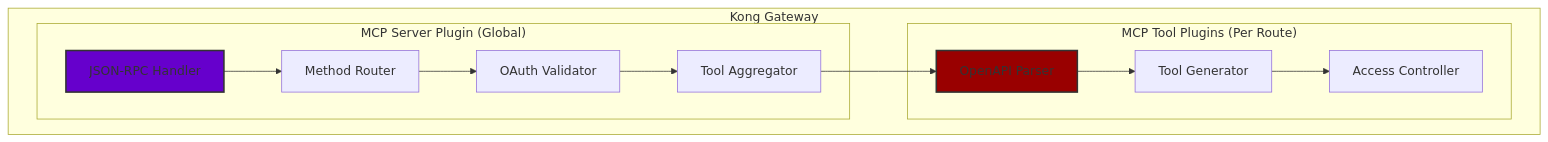
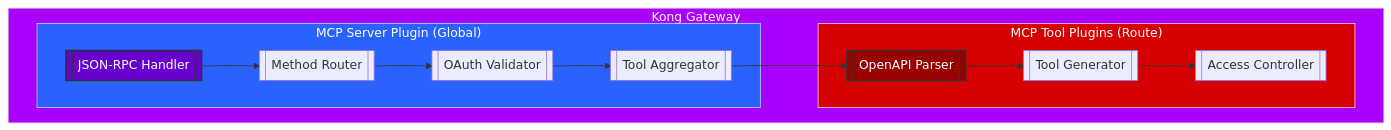
The third of 4 diagrams in README.md (kaheidt/kong-mcp-proxy-hackathon), drawn with Mermaid before and after one commit.

````diff
--- a/README.md
+++ b/README.md
@@ -161,27 +161,41 @@
 ```mermaid
-graph TD
-    subgraph "Kong Gateway"
-        subgraph "MCP Server Plugin (Global)"
-            A[JSON-RPC Handler]
-            B[Method Router]
-            C[OAuth Validator]
-            D[Tool Aggregator]
-        end
-        
-        subgraph "MCP Tool Plugins (Per Route)"
-            E[OpenAPI Parser]
-            F[Tool Generator]
-            G[Access Controller]
-        end
-    end
-    
+flowchart TB
+ subgraph subGraph0["MCP Server Plugin (Global)"]
+        A["JSON-RPC Handler"]
+        B["Method Router"]
+        C["OAuth Validator"]
+        D["Tool Aggregator"]
+  end
+ subgraph subGraph1["MCP Tool Plugins (Route)"]
+        E["OpenAPI Parser"]
+        F["Tool Generator"]
+        G["Access Controller"]
+  end
+ subgraph subGraph2["Kong Gateway"]
+        subGraph0
+        subGraph1
+  end
     A --> B
     B --> C
     C --> D
     D --> E
     E --> F
     F --> G
-    
-    style A fill:#6600CC,stroke:#333,stroke-width:2px
-    style E fill:#990000,stroke:#333,stroke-width:2px
+
+    A@{ shape: subproc}
+    B@{ shape: subproc}
+    C@{ shape: subproc}
+    D@{ shape: subproc}
+    E@{ shape: subproc}
+    F@{ shape: subproc}
+    G@{ shape: subproc}
+    style A fill:#6600CC,stroke:#333,stroke-width:2px,color:#FFFFFF
+    style E fill:#990000,stroke:#333,stroke-width:2px,color:#FFFFFF
+    style subGraph0 stroke:#BBDEFB,color:#FFFFFF,fill:#2962FF
+    style subGraph1 stroke:#FFCDD2,color:#FFFFFF,fill:#D50000
+    style subGraph2 stroke:#E1BEE7,fill:#AA00FF,color:#FFFFFF
+
+
+
+
 ```
````
